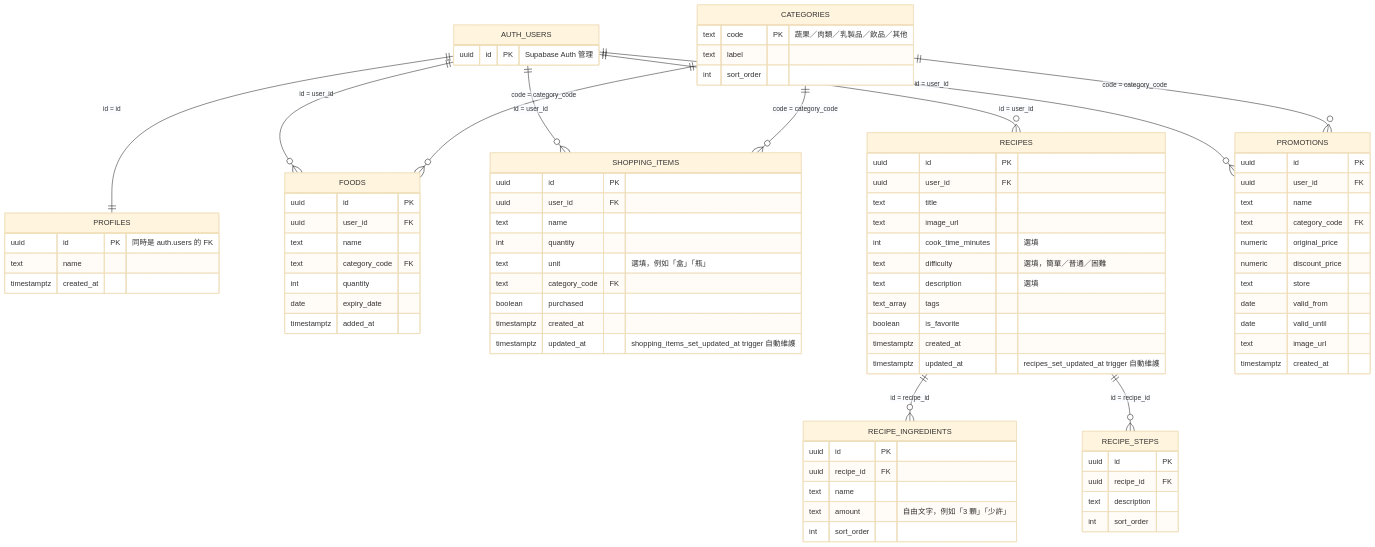
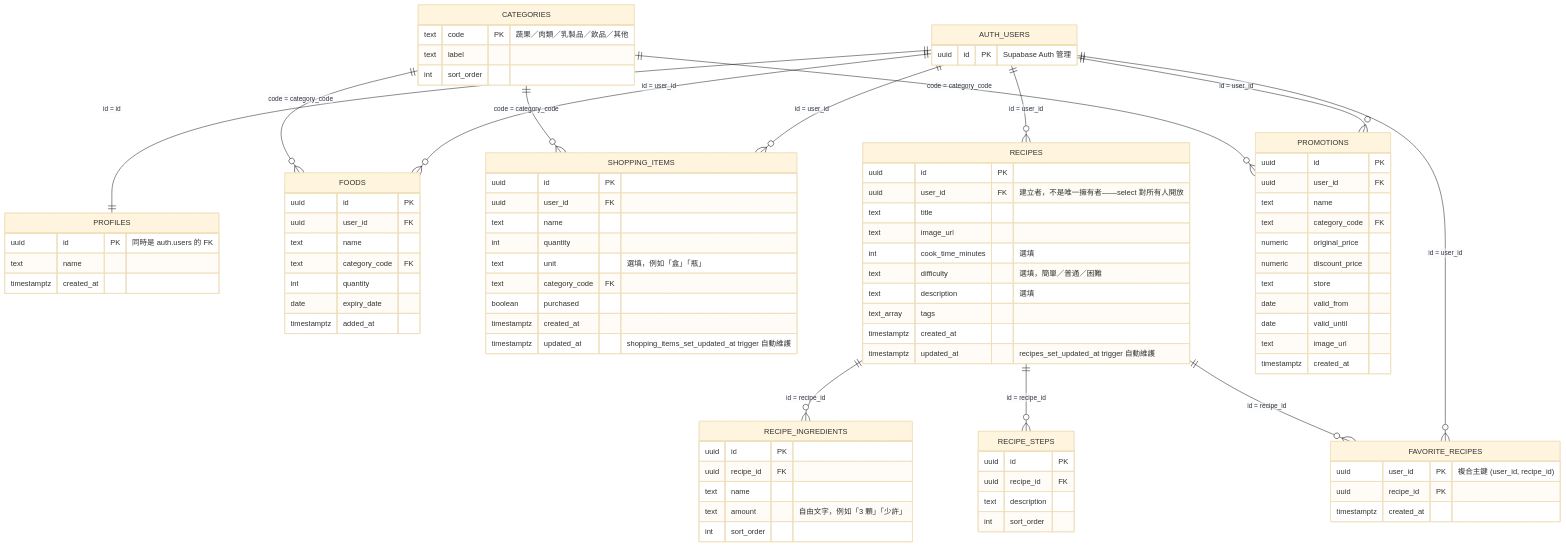
The first of 2 diagrams in documents/database.md (jamieyu0914/my-refrigerator), drawn with Mermaid (base theme) before and after one commit. The commit also changed other lines of this file and 16 other files, not shown here.

```diff
--- a/documents/database.md
+++ b/documents/database.md
@@ -43,6 +46,8 @@
     AUTH_USERS ||--o{ PROMOTIONS : "id = user_id"
     RECIPES ||--o{ RECIPE_INGREDIENTS : "id = recipe_id"
     RECIPES ||--o{ RECIPE_STEPS : "id = recipe_id"
+    AUTH_USERS ||--o{ FAVORITE_RECIPES : "id = user_id"
+    RECIPES ||--o{ FAVORITE_RECIPES : "id = recipe_id"
     CATEGORIES ||--o{ FOODS : "code = category_code"
     CATEGORIES ||--o{ SHOPPING_ITEMS : "code = category_code"
     CATEGORIES ||--o{ PROMOTIONS : "code = category_code"
@@ -82,14 +87,13 @@
     }
     RECIPES {
         uuid id PK
-        uuid user_id FK
+        uuid user_id FK "建立者，不是唯一擁有者——select 對所有人開放"
         text title
         text image_url
         int cook_time_minutes "選填"
         text difficulty "選填，簡單／普通／困難"
         text description "選填"
         text_array tags
-        boolean is_favorite
         timestamptz created_at
         timestamptz updated_at "recipes_set_updated_at trigger 自動維護"
     }
@@ -106,6 +110,11 @@
         text description
         int sort_order
     }
+    FAVORITE_RECIPES {
+        uuid user_id PK "複合主鍵 (user_id, recipe_id)"
+        uuid recipe_id PK
+        timestamptz created_at
+    }
     PROMOTIONS {
         uuid id PK
         uuid user_id FK
```
